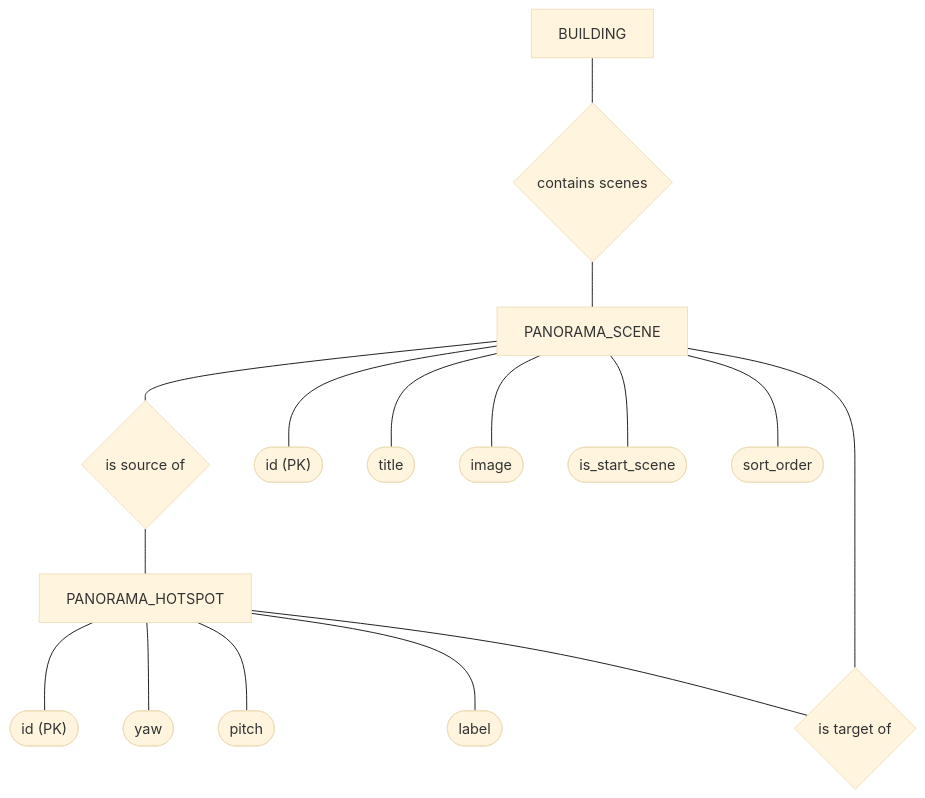
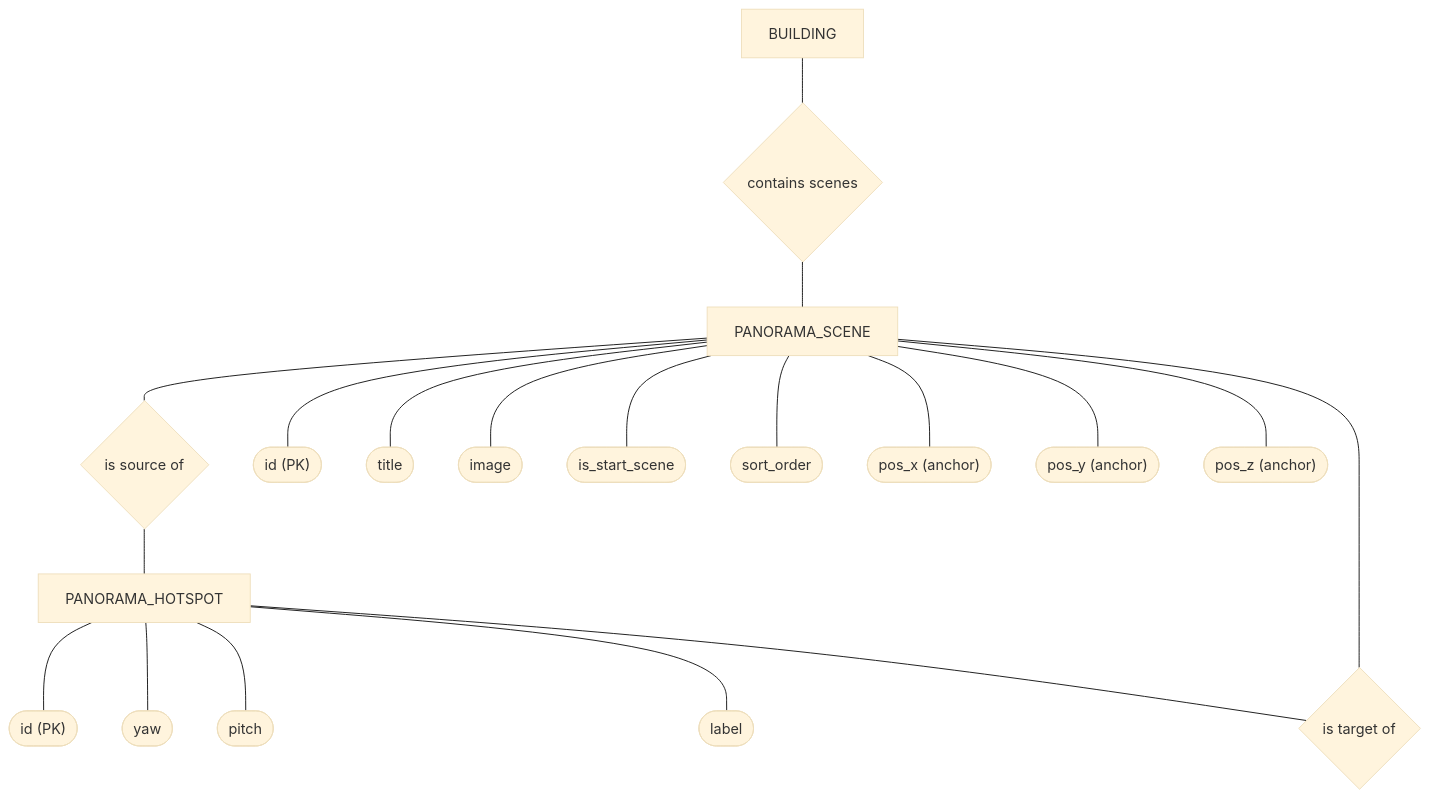
The fourth of 6 diagrams in erd-model.md (Cipher-Syntax/ARQuest), drawn with Mermaid (base theme) before and after one commit. The commit also changed other lines of this file and 8 other files, not shown here.

Commit message:
docs: update system architecture, diagrams, and models for units 30 and 31

````diff
--- a/erd-model.md
+++ b/erd-model.md
@@ -254,43 +254,49 @@
 ```mermaid
 flowchart TD
     %% External Entity Ref
     BLDG["BUILDING"]
 
     %% Entities
     SCENE["PANORAMA_SCENE"]
     HOTSPOT["PANORAMA_HOTSPOT"]
 
     %% Relationships
     contains{"contains scenes"}
     source{"is source of"}
     target{"is target of"}
 
     %% Attributes - Scene
     s_id(["id (PK)"])
     s_title(["title"])
     s_img(["image"])
     s_start(["is_start_scene"])
     s_sort(["sort_order"])
+    s_px(["pos_x (anchor)"])
+    s_py(["pos_y (anchor)"])
+    s_pz(["pos_z (anchor)"])
 
     SCENE --- s_id
     SCENE --- s_title
     SCENE --- s_img
     SCENE --- s_start
     SCENE --- s_sort
+    SCENE --- s_px
+    SCENE --- s_py
+    SCENE --- s_pz
 
     %% Attributes - Hotspot
     h_id(["id (PK)"])
     h_yaw(["yaw"])
     h_pitch(["pitch"])
     h_lbl(["label"])
 
     HOTSPOT --- h_id
     HOTSPOT --- h_yaw
     HOTSPOT --- h_pitch
     HOTSPOT --- h_lbl
 
     %% Structure
     BLDG --- contains --- SCENE
     SCENE --- source --- HOTSPOT
     HOTSPOT --- target --- SCENE
 ```
````
